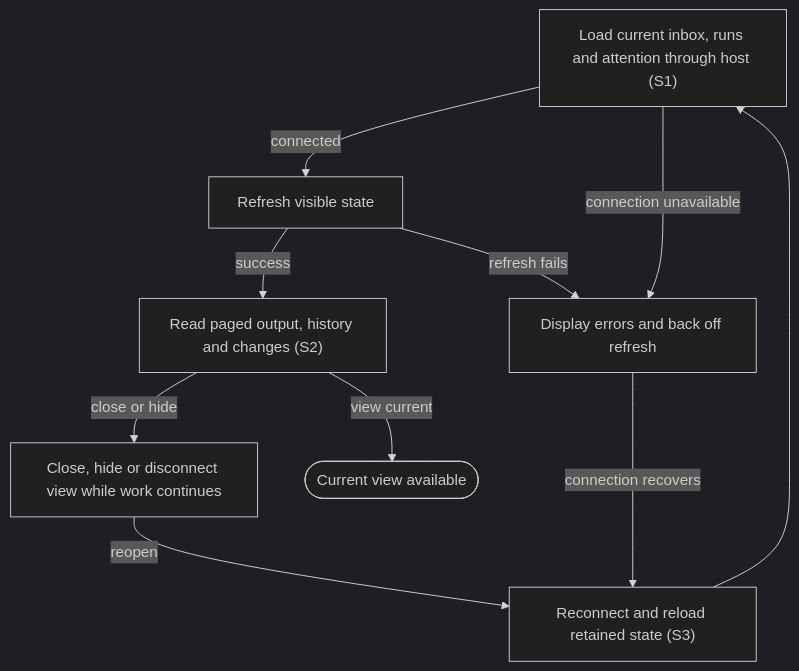
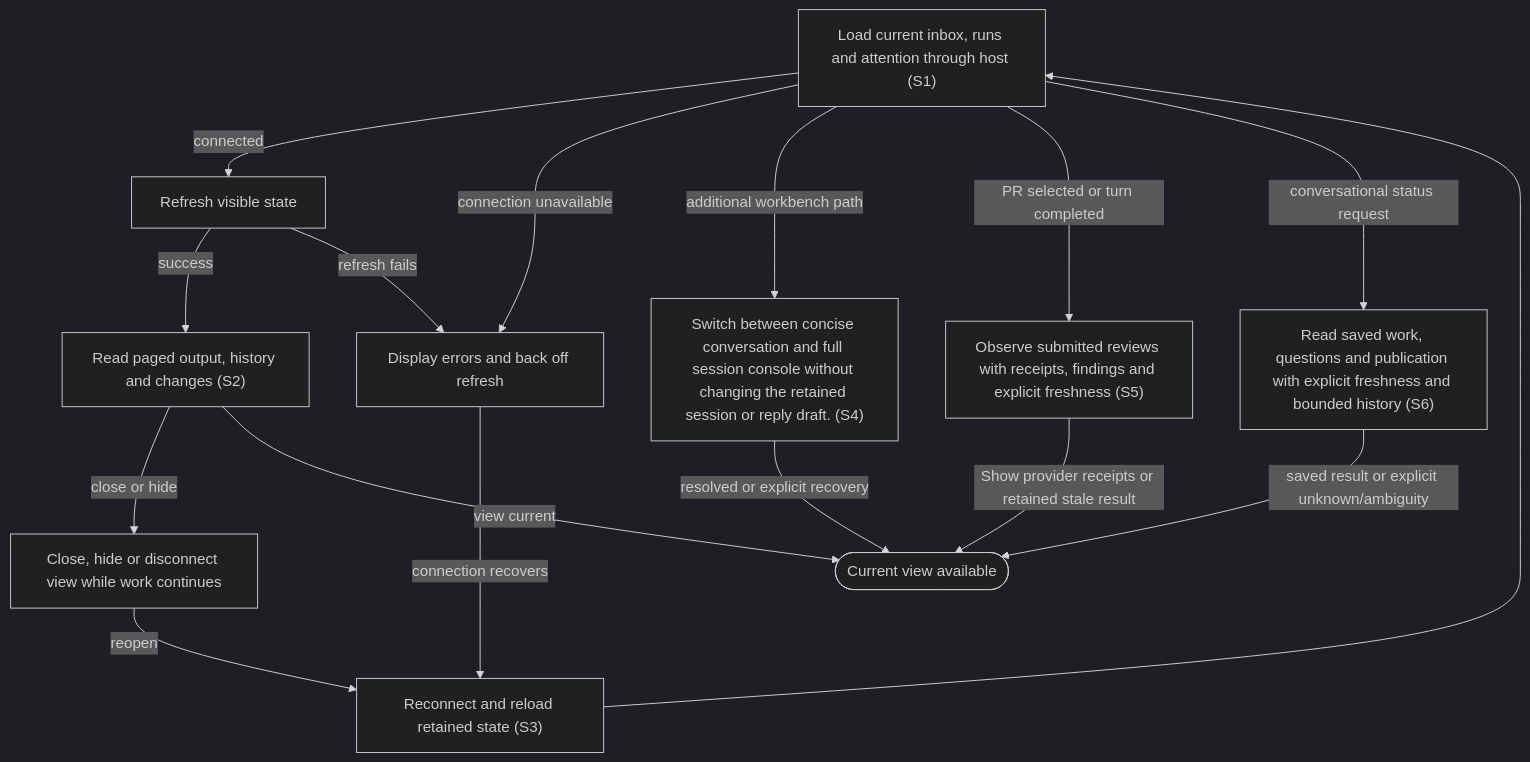
Before and after one commit to dk-code-factory/code-factory-plugin: the diagram in docs/user-flows/view-live-work.md, drawn with Mermaid (dark theme). The commit also changed other lines of this file and 165 other files, not shown here.

````diff
--- a/docs/user-flows/view-live-work.md
+++ b/docs/user-flows/view-live-work.md
@@ -36,19 +49,28 @@
 ```mermaid
 flowchart TD
     N0["Load current inbox, runs and attention through host #40;S1#41;"]
     N1["Refresh visible state"]
     N2["Read paged output, history and changes #40;S2#41;"]
     N3["Close, hide or disconnect view while work continues"]
     N4["Display errors and back off refresh"]
     N5["Reconnect and reload retained state #40;S3#41;"]
     N6(["Current view available"])
+    N7["Switch between concise conversation and full session console without changing the retained session or reply draft. #40;S4#41;"]
+    N8["Observe submitted reviews with receipts, findings and explicit freshness #40;S5#41;"]
+    N9["Read saved work, questions and publication with explicit freshness and bounded history #40;S6#41;"]
     N0 -->|"connected"| N1
     N0 -->|"connection unavailable"| N4
     N1 -->|"success"| N2
     N1 -->|"refresh fails"| N4
     N2 -->|"close or hide"| N3
     N3 -->|"reopen"| N5
     N4 -->|"connection recovers"| N5
     N5 --> N0
     N2 -->|"view current"| N6
+    N0 -->|"additional workbench path"| N7
+    N7 -->|"resolved or explicit recovery"| N6
+    N0 -->|"PR selected or turn completed"| N8
+    N8 -->|"Show provider receipts or retained stale result"| N6
+    N0 -->|"conversational status request"| N9
+    N9 -->|"saved result or explicit unknown/ambiguity"| N6
 ```
````
